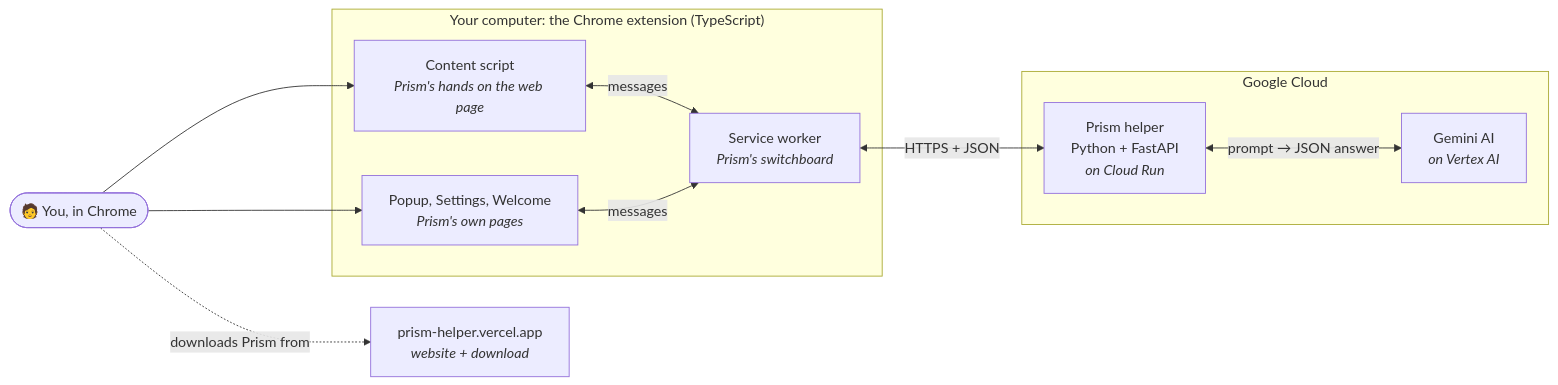
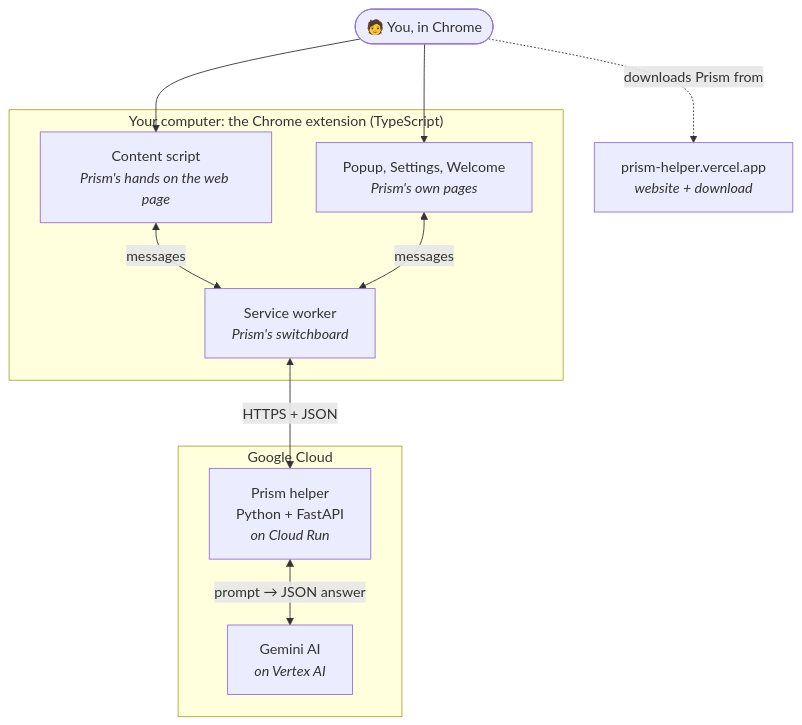
The first of 6 diagrams in docs/HOW-PRISM-WORKS.md (prammey/hackathon), drawn with Mermaid before and after one commit. The commit also changed other lines of this file and 17 other files, not shown here.

````diff
--- a/docs/HOW-PRISM-WORKS.md
+++ b/docs/HOW-PRISM-WORKS.md
@@ -15,22 +15,22 @@
 ```mermaid
-flowchart LR
+flowchart TB
     You(["🧑 You, in Chrome"])
     subgraph Browser["Your computer: the Chrome extension (TypeScript)"]
         Page["Content script<br/><i>Prism's hands on the web page</i>"]
         SW["Service worker<br/><i>Prism's switchboard</i>"]
         UI["Popup, Settings, Welcome<br/><i>Prism's own pages</i>"]
     end
     subgraph Cloud["Google Cloud"]
         Helper["Prism helper<br/>Python + FastAPI<br/><i>on Cloud Run</i>"]
         Gemini["Gemini AI<br/><i>on Vertex AI</i>"]
     end
     Site["prism-helper.vercel.app<br/><i>website + download</i>"]
 
     You --> Page
     You --> UI
     Page <-- "messages" --> SW
     UI <-- "messages" --> SW
     SW <-- "HTTPS + JSON" --> Helper
     Helper <-- "prompt → JSON answer" --> Gemini
     You -. "downloads Prism from" .-> Site
 ```
````
